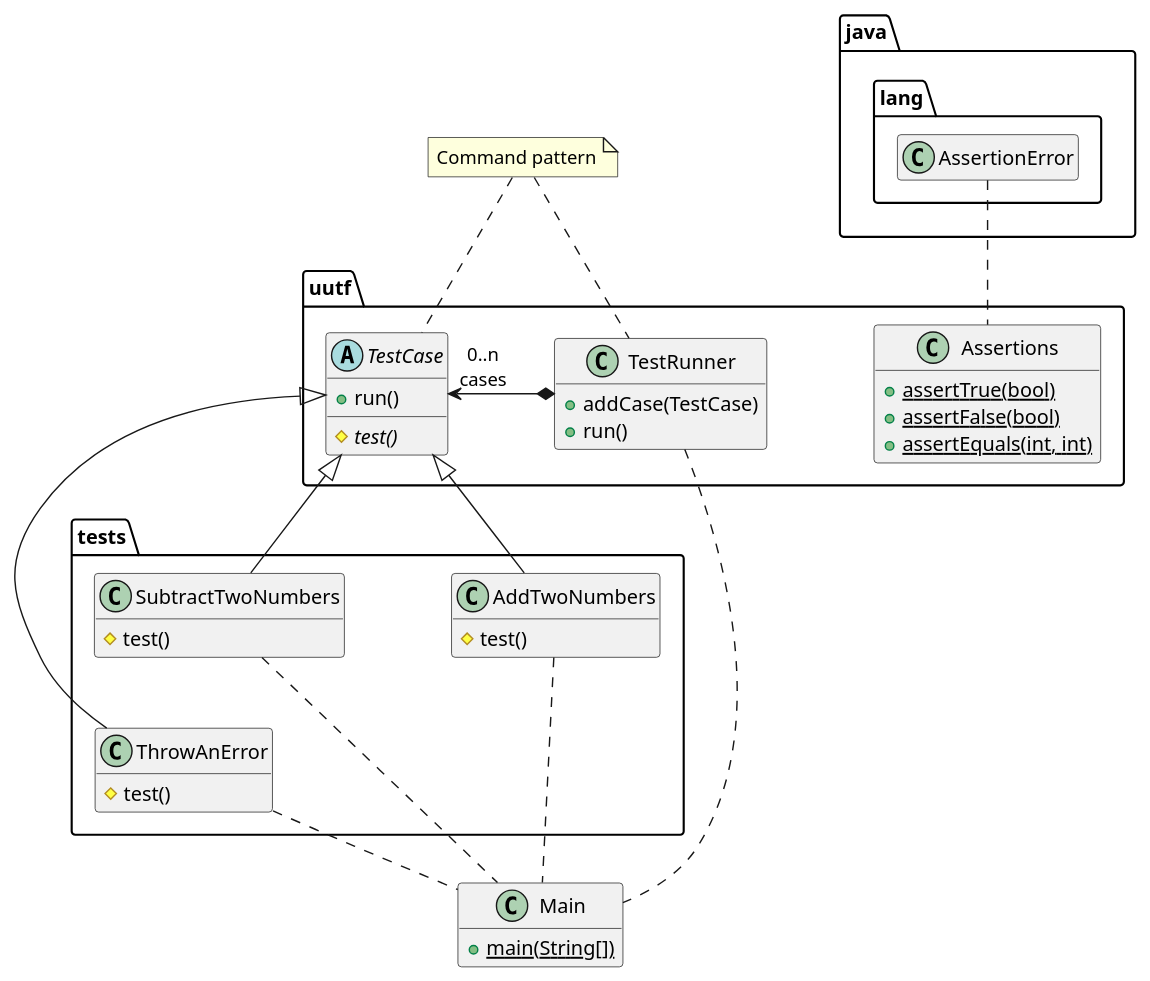
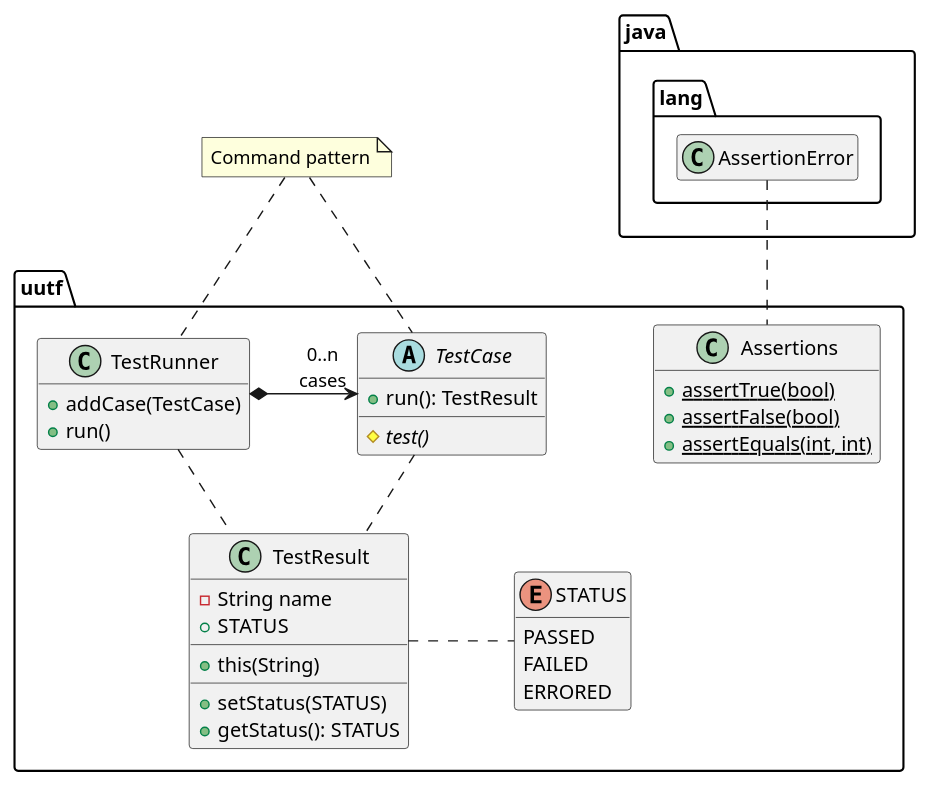
The diagram in docs/uml/3_test_results.puml (ace-lectures/inf5153-junit-demo), drawn with PlantUML before and after one commit. The commit also changed 13 other files, not shown here.

```diff
--- a/docs/uml/3_test_results.puml
+++ b/docs/uml/3_test_results.puml
@@ -1,78 +1,65 @@
 @startuml
 
 skinparam nodesep 75
 skinparam ranksep 50
 hide empty members
 
 
 
 package uutf {
 
   class Assertions {
     + {static} assertTrue(bool)
     + {static} assertFalse(bool)
     + {static} assertEquals(int, int)
   }
 
   abstract class TestCase {
-    + run()
+    + run(): TestResult
     __
     # {abstract} test()
   }
 
   class TestRunner {
     + addCase(TestCase)
     + run()
   }
 
   TestRunner *-> "0..n\ncases" TestCase
+  TestCase .. TestResult
+  TestRunner .. TestResult
 
+enum STATUS {
+  PASSED
+  FAILED
+  ERRORED
+}
+
+class TestResult {
+  - String name
+  + STATUS
+  __
+  + this(String)
+  __
+  + setStatus(STATUS)
+  + getStatus(): STATUS
+}
+
+TestResult . STATUS
 
 }
 
 note "Command pattern" as N1
 N1 .. TestRunner
 N1 .. TestCase
 
 package java.lang {
   class AssertionError
 }
 
 AssertionError .. Assertions
 
 
-package tests {
-
-  class AddTwoNumbers {
-    # test()
-  }
-
-  class SubtractTwoNumbers {
-    # test()
-  }
-
-  class ThrowAnError {
-    # test()
-  }
-
-  SubtractTwoNumbers -[hidden]- ThrowAnError
-
-}
-
-
-
-TestCase <|-- AddTwoNumbers
-TestCase <|-- SubtractTwoNumbers
-TestCase <|-- ThrowAnError
-
-class Main {
-  + {static} main(String[])
-}
-
-AddTwoNumbers .. Main
-SubtractTwoNumbers .. Main
-ThrowAnError .. Main
-TestRunner .. Main
 
 
 @enduml
```
